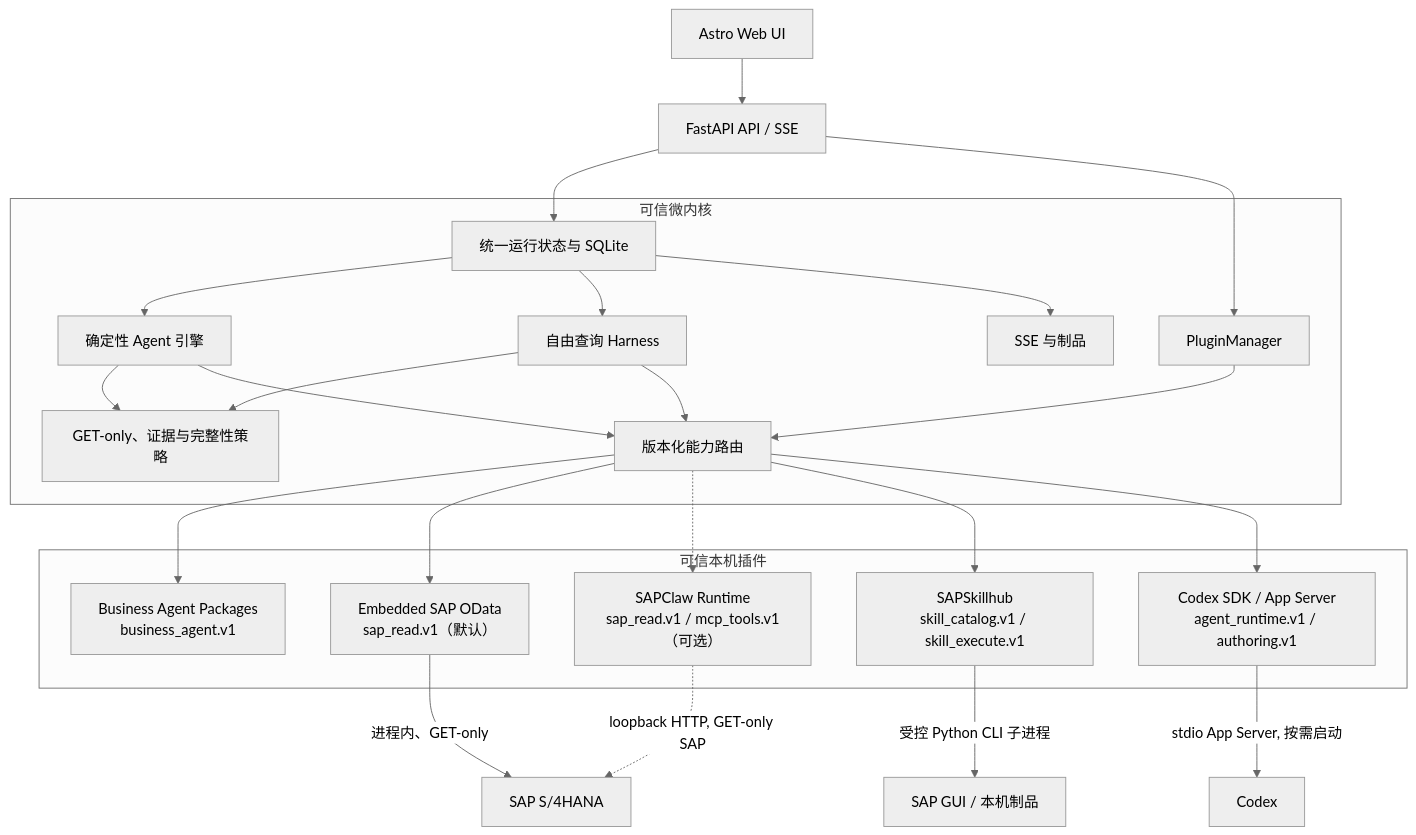
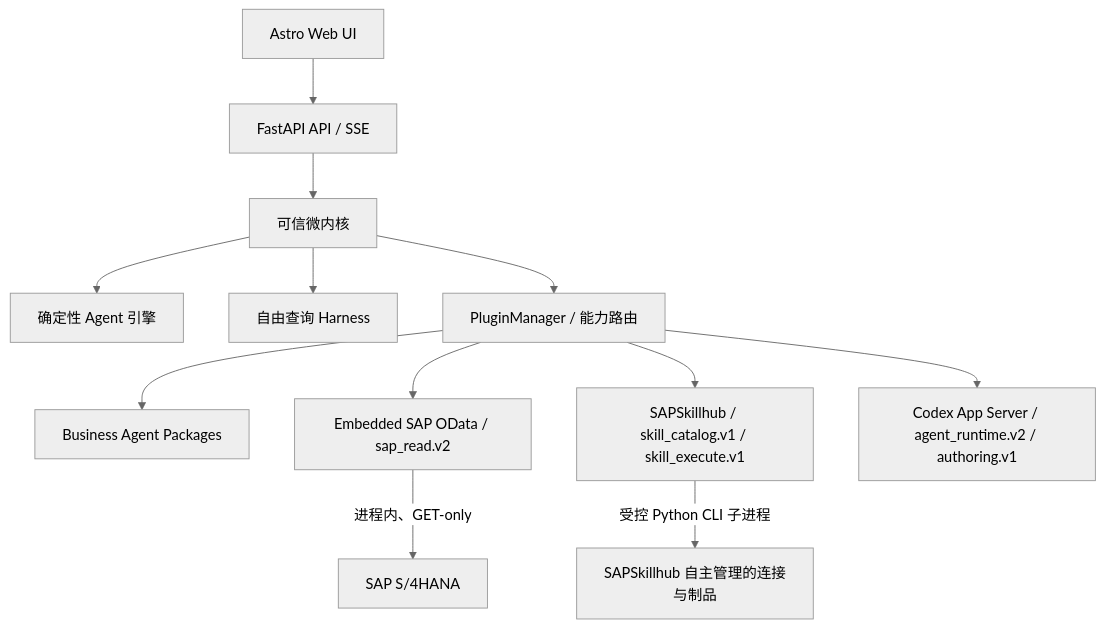
The diagram in docs/local-plugin-platform.md (yin-wen-bin/SAPBusinessAgents), drawn with Mermaid (neutral theme) before and after one commit. The commit also changed other lines of this file and 220 other files, not shown here.

First line of the commit message:
Promote Codex harness and 30-Agent live acceptance (#8)

````diff
--- a/docs/local-plugin-platform.md
+++ b/docs/local-plugin-platform.md
@@ -14,44 +14,14 @@
 ```mermaid
 flowchart TB
     UI["Astro Web UI"] --> API["FastAPI API / SSE"]
-
-    subgraph CORE["可信微内核"]
-        RUNS["统一运行状态与 SQLite"]
-        FIXED["确定性 Agent 引擎"]
-        FREE["自由查询 Harness"]
-        POLICY["GET-only、证据与完整性策略"]
-        REGISTRY["PluginManager"]
-        BROKER["版本化能力路由"]
-        EVENTS["SSE 与制品"]
-    end
-
-    API --> RUNS
-    API --> REGISTRY
-    RUNS --> FIXED
-    RUNS --> FREE
-    FIXED --> POLICY
-    FREE --> POLICY
-    FIXED --> BROKER
-    FREE --> BROKER
-    RUNS --> EVENTS
-    REGISTRY --> BROKER
-
-    subgraph PLUGINS["可信本机插件"]
-        AGENT["Business Agent Packages\nbusiness_agent.v1"]
-        EMBEDDED["Embedded SAP OData\nsap_read.v1（默认）"]
-        CLAW["SAPClaw Runtime\nsap_read.v1 / mcp_tools.v1（可选）"]
-        SKILLS["SAPSkillhub\nskill_catalog.v1 / skill_execute.v1"]
-        CODEX["Codex SDK / App Server\nagent_runtime.v1 / authoring.v1"]
-    end
-
-    BROKER --> AGENT
-    BROKER --> EMBEDDED
-    BROKER -.-> CLAW
-    BROKER --> SKILLS
-    BROKER --> CODEX
-
+    API --> CORE["可信微内核"]
+    CORE --> FIXED["确定性 Agent 引擎"]
+    CORE --> FREE["自由查询 Harness"]
+    CORE --> REGISTRY["PluginManager / 能力路由"]
+    REGISTRY --> AGENT["Business Agent Packages"]
+    REGISTRY --> EMBEDDED["Embedded SAP OData / sap_read.v2"]
+    REGISTRY --> SKILLS["SAPSkillhub / skill_catalog.v1 / skill_execute.v1"]
+    REGISTRY --> CODEX["Codex App Server / agent_runtime.v2 / authoring.v1"]
     EMBEDDED -->|"进程内、GET-only"| SAP["SAP S/4HANA"]
-    CLAW -.->|"loopback HTTP, GET-only SAP"| SAP
-    SKILLS -->|"受控 Python CLI 子进程"| GUI["SAP GUI / 本机制品"]
-    CODEX -->|"stdio App Server, 按需启动"| MODEL["Codex"]
+    SKILLS -->|"受控 Python CLI 子进程"| LOCAL["SAPSkillhub 自主管理的连接与制品"]
 ```
````
